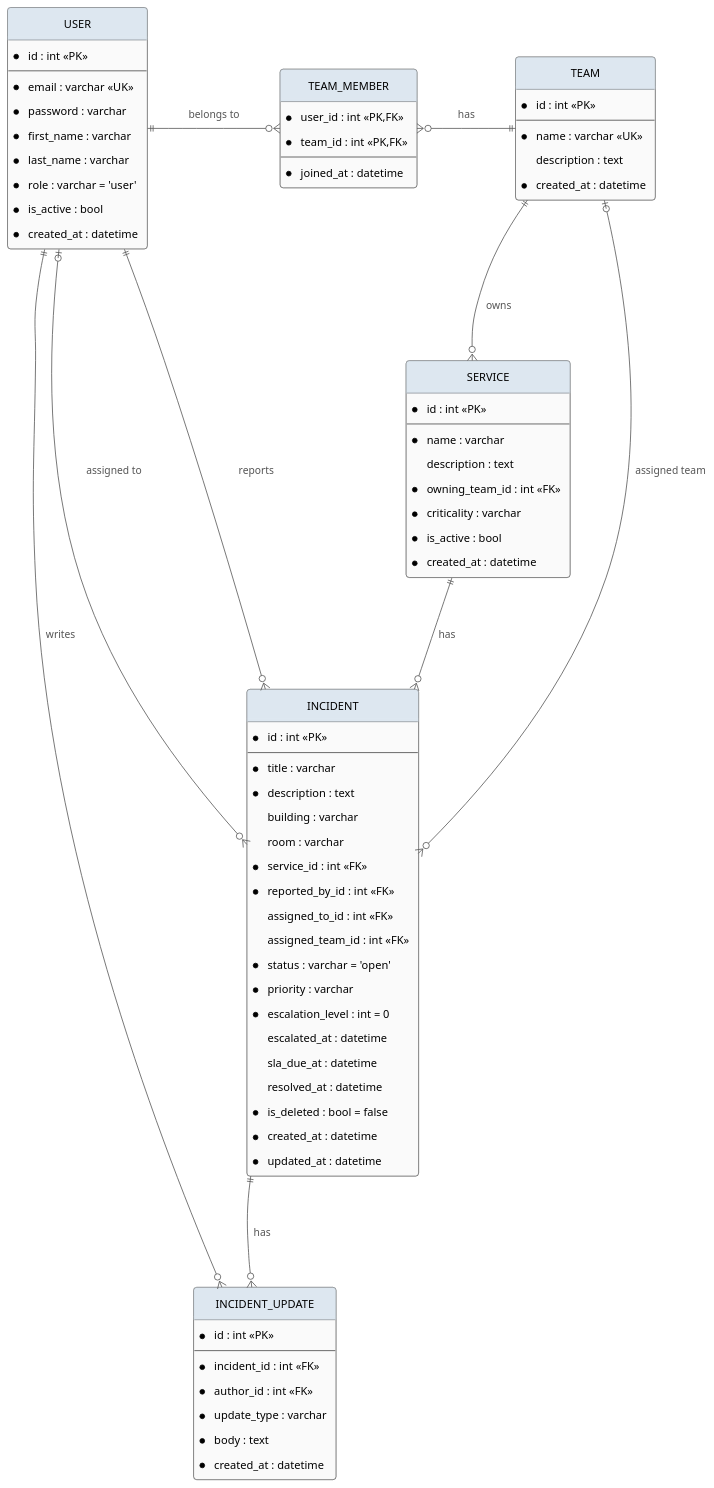
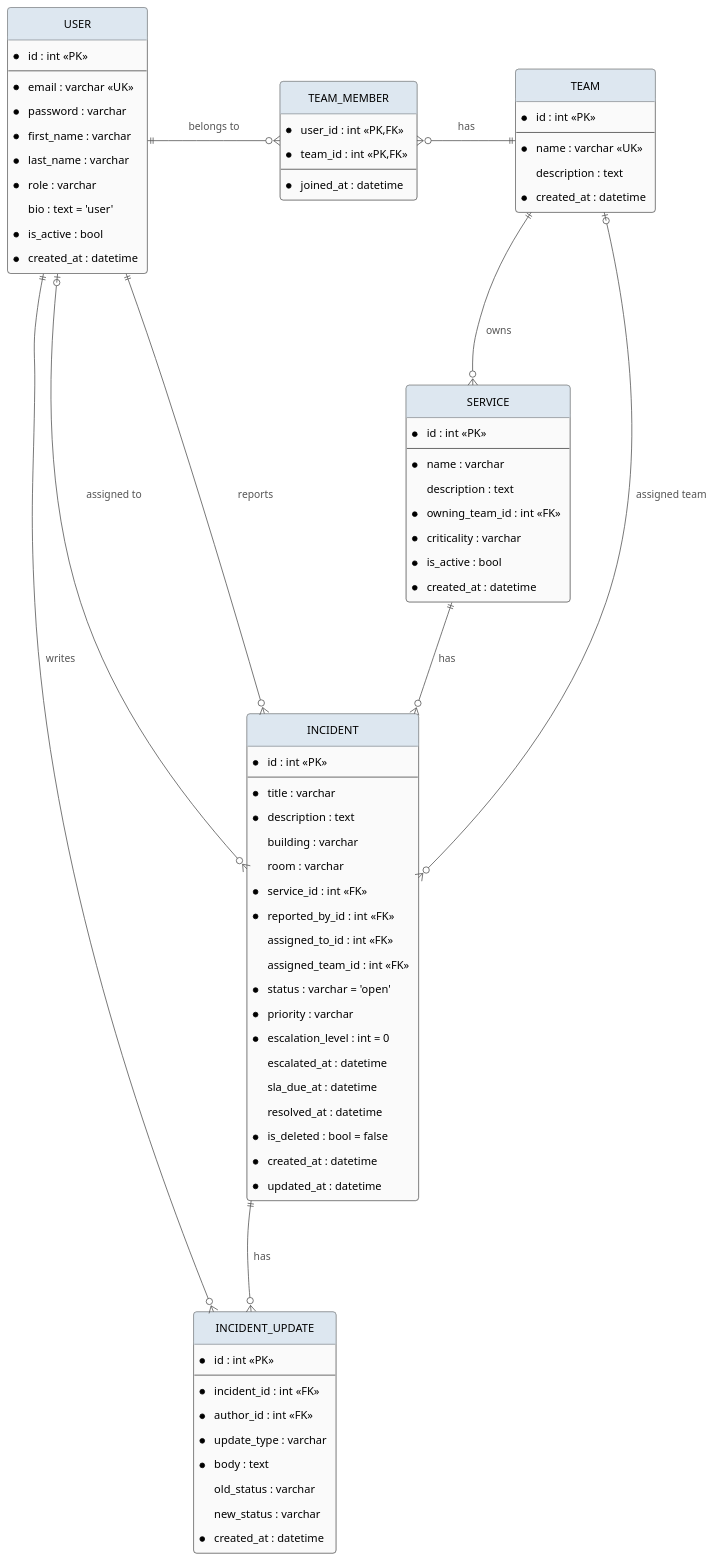
The diagram in docs/er-diagram.puml (ZiedRbd/COSC-3339-Fall-2026-Term-Project), drawn with PlantUML before and after one commit. The commit also changed 5 other files, not shown here.

Commit message:
Seed four reporters and four solvers, add edge-case tests, update ER diagram and README

```diff
--- a/docs/er-diagram.puml
+++ b/docs/er-diagram.puml
@@ -1,112 +1,115 @@
 @startuml Campus IT Help Desk ER
 hide circle
 skinparam nodesep 90
 skinparam ranksep 110
 skinparam padding 6
 skinparam roundCorner 8
 skinparam shadowing false
 skinparam ArrowColor #555555
 skinparam ArrowFontColor #555555
 skinparam class {
   BackgroundColor #FAFAFA
   BorderColor #444444
   HeaderBackgroundColor #DDE7F0
 }
 
 ' ── People & groups ─────────────────────────────
 
 entity "USER" as user {
   * id : int <<PK>>
   --
   * email : varchar <<UK>>
   * password : varchar
   * first_name : varchar
   * last_name : varchar
-  * role : varchar = 'user'
+  * role : varchar
+    bio : text = 'user'
   * is_active : bool
   * created_at : datetime
 }
 
 entity "TEAM_MEMBER" as tm {
   * user_id : int <<PK,FK>>
   * team_id : int <<PK,FK>>
   --
   * joined_at : datetime
 }
 
 entity "TEAM" as team {
   * id : int <<PK>>
   --
   * name : varchar <<UK>>
     description : text
   * created_at : datetime
 }
 
 ' ── What we support ─────────────────────────────
 
 entity "SERVICE" as service {
   * id : int <<PK>>
   --
   * name : varchar
     description : text
   * owning_team_id : int <<FK>>
   * criticality : varchar
   * is_active : bool
   * created_at : datetime
 }
 
 ' ── Tickets ─────────────────────────────────────
 
 entity "INCIDENT" as incident {
   * id : int <<PK>>
   --
   * title : varchar
   * description : text
     building : varchar
     room : varchar
   * service_id : int <<FK>>
   * reported_by_id : int <<FK>>
     assigned_to_id : int <<FK>>
     assigned_team_id : int <<FK>>
   * status : varchar = 'open'
   * priority : varchar
   * escalation_level : int = 0
     escalated_at : datetime
     sla_due_at : datetime
     resolved_at : datetime
   * is_deleted : bool = false
   * created_at : datetime
   * updated_at : datetime
 }
 
 entity "INCIDENT_UPDATE" as upd {
   * id : int <<PK>>
   --
   * incident_id : int <<FK>>
   * author_id : int <<FK>>
   * update_type : varchar
   * body : text
+    old_status : varchar
+    new_status : varchar
   * created_at : datetime
 }
 
 ' ── Layout: users/teams on top, tickets below ───
 
 user     -[hidden]right-  tm
 tm       -[hidden]right-  team
 team     -[hidden]down-   service
 service  -[hidden]down-   incident
 incident -[hidden]down-   upd
 
 ' ── Relationships ───────────────────────────────
 
 user     ||--o{ tm       : belongs to
 team     ||--o{ tm       : has
 team     ||--o{ service  : owns
 service  ||--o{ incident : has
 user     ||--o{ incident : reports
 user     |o--o{ incident : assigned to
 team     |o--o{ incident : assigned team
 incident ||--o{ upd      : has
 user     ||--o{ upd      : writes
 
 @enduml
```
